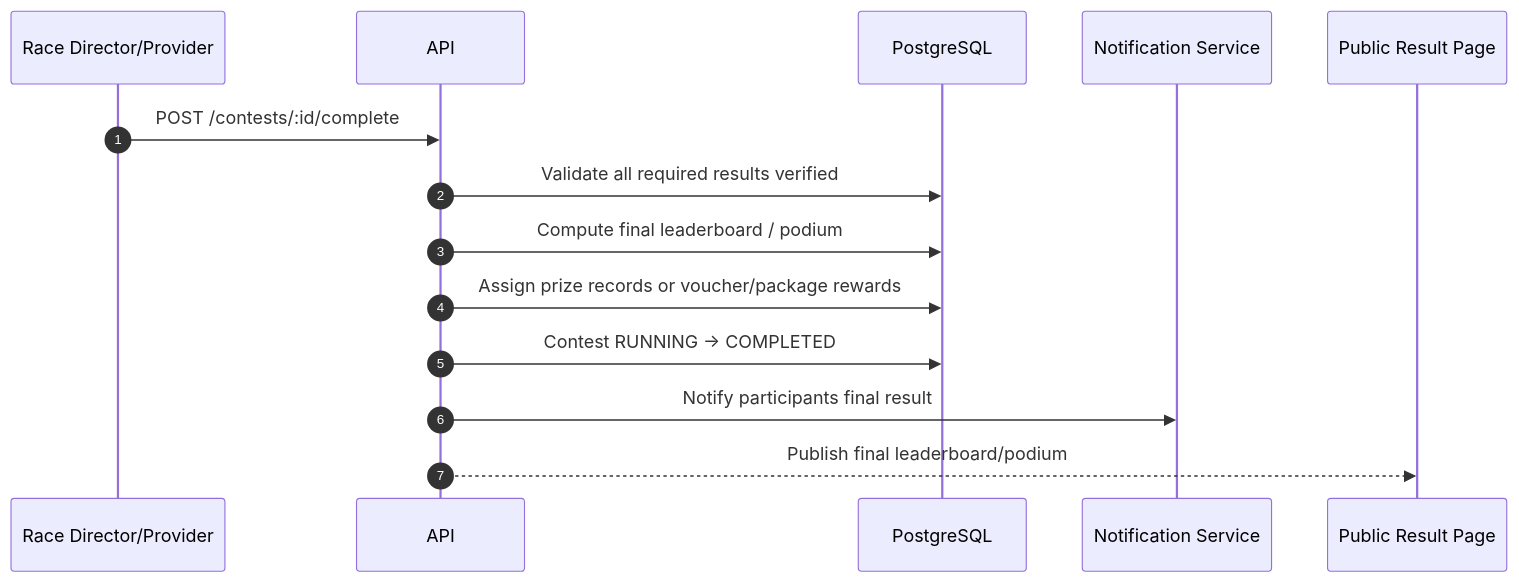
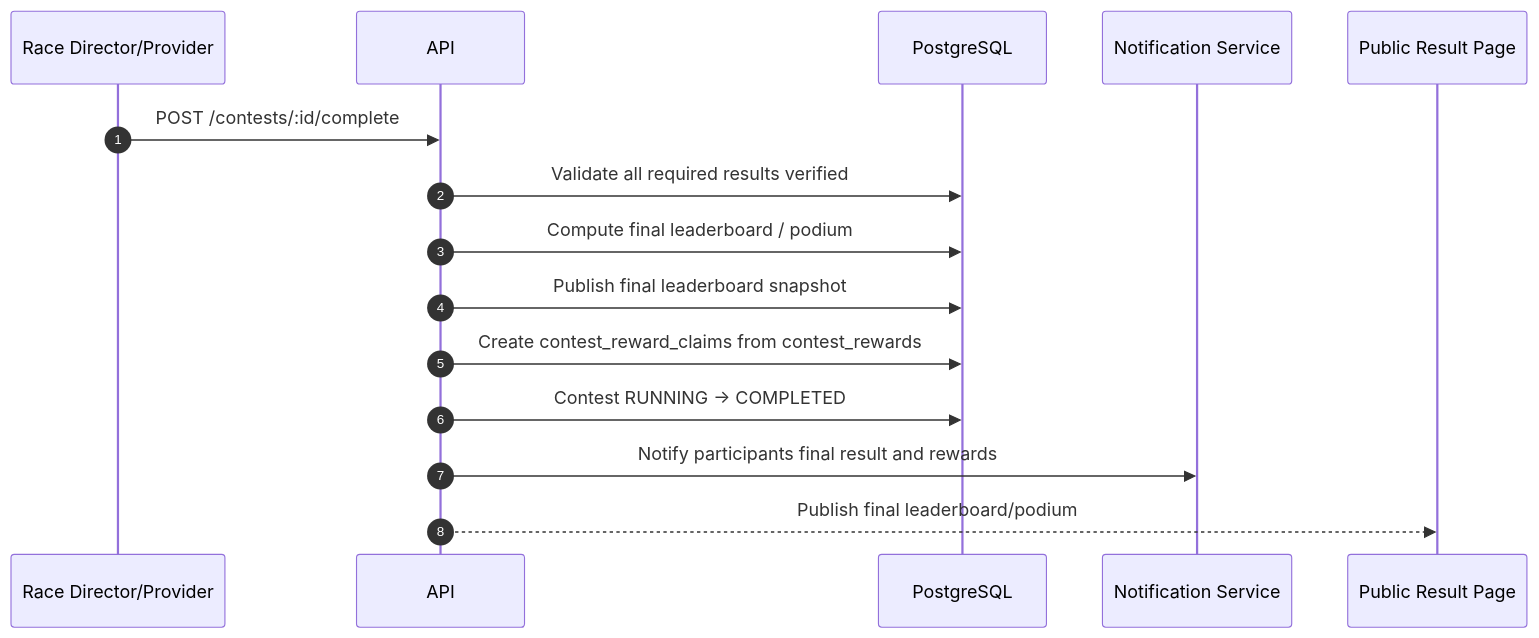
Before and after one commit to RCField-SEP490/rcfield-spec: the ninth of 11 diagrams in docs/diagrams/sequence/sequence-flow-contest-lifecycle.md, drawn with Mermaid. The commit also changed 6 other files, not shown here.

````diff
--- a/docs/diagrams/sequence/sequence-flow-contest-lifecycle.md
+++ b/docs/diagrams/sequence/sequence-flow-contest-lifecycle.md
@@ -293,17 +293,18 @@
 ```mermaid
 sequenceDiagram
     autonumber
     participant RD as Race Director/Provider
     participant API as API
     participant DB as PostgreSQL
     participant N as Notification Service
     participant Board as Public Result Page
 
     RD->>API: POST /contests/:id/complete
     API->>DB: Validate all required results verified
     API->>DB: Compute final leaderboard / podium
-    API->>DB: Assign prize records or voucher/package rewards
+    API->>DB: Publish final leaderboard snapshot
+    API->>DB: Create contest_reward_claims from contest_rewards
     API->>DB: Contest RUNNING -> COMPLETED
-    API->>N: Notify participants final result
+    API->>N: Notify participants final result and rewards
     API-->>Board: Publish final leaderboard/podium
 ```
````
